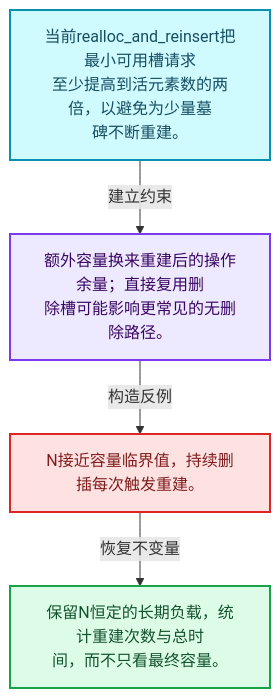
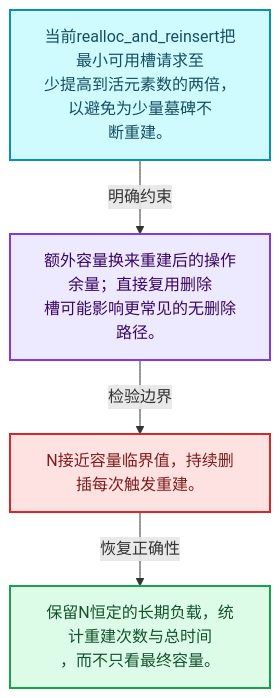
The first of 4 diagrams in 杂/markdown/全面学习-codex/02-哈希表与关联数据结构/07-重建与摊还复杂度.md (yunkezengren/blender-.vscode), drawn with Mermaid before and after one commit. The commit also changed other lines of this file and 1930 other files, not shown here.

````diff
--- a/杂/markdown/全面学习-codex/02-哈希表与关联数据结构/07-重建与摊还复杂度.md
+++ b/杂/markdown/全面学习-codex/02-哈希表与关联数据结构/07-重建与摊还复杂度.md
@@ -29,16 +29,16 @@
 ```mermaid
 flowchart TB
-  M["当前realloc_and_reinsert把最小可用槽请求<br/>至少提高到活元素数的两倍，以避免为少量墓<br/>碑不断重建。"]:::data
-  T["额外容量换来重建后的操作余量；直接复用删<br/>除槽可能影响更常见的无删除路径。"]:::abstraction
-  X["N接近容量临界值，持续删插每次触发重建。"]:::error
-  A["保留N恒定的长期负载，统计重建次数与总时<br/>间，而不只看最终容量。"]:::result
-  M -->|"建立约束"| T
-  T -->|"构造反例"| X
-  X -->|"恢复不变量"| A
+  M["当前realloc_and_reinsert把最小可用槽请求至<br/>少提高到活元素数的两倍，以避免为少量墓碑不<br/>断重建。"]:::data
+  C["额外容量换来重建后的操作余量；直接复用删除<br/>槽可能影响更常见的无删除路径。"]:::abstraction
+  B["N接近容量临界值，持续删插每次触发重建。"]:::error
+  R["保留N恒定的长期负载，统计重建次数与总时间<br/>，而不只看最终容量。"]:::result
+  M -->|"明确约束"| C
+  C -->|"检验边界"| B
+  B -->|"恢复正确性"| R
   classDef input fill:#DBEAFE,stroke:#2563EB,color:#172554,stroke-width:2px;
   classDef data fill:#CFFAFE,stroke:#0891B2,color:#164E63,stroke-width:2px;
   classDef abstraction fill:#EDE9FE,stroke:#7C3AED,color:#3B0764,stroke-width:2px;
   classDef compute fill:#FEF3C7,stroke:#D97706,color:#78350F,stroke-width:2px;
   classDef result fill:#DCFCE7,stroke:#16A34A,color:#14532D,stroke-width:2px;
   classDef error fill:#FEE2E2,stroke:#DC2626,color:#7F1D1D,stroke-width:2px;
 ```
````
